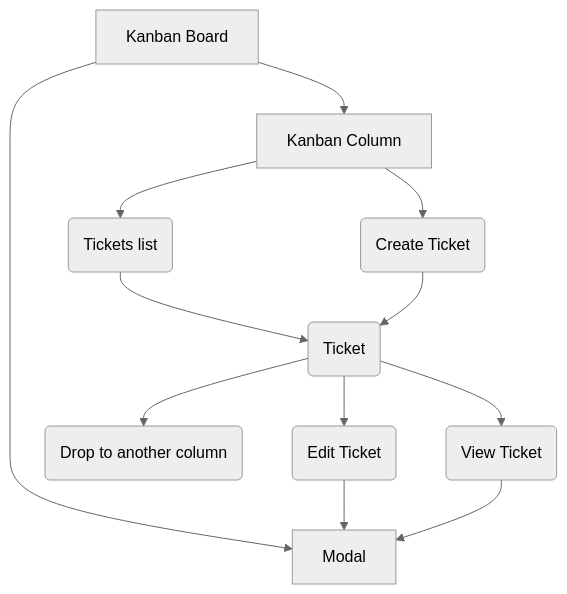
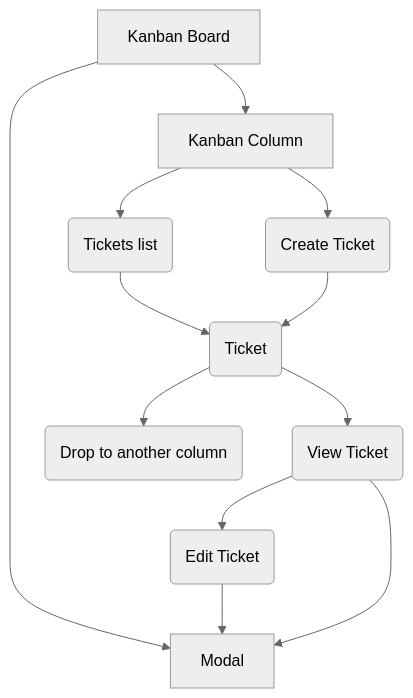
One commit to TheoKondak/kanban-board changed the diagram in README.md. Above: the diagram before and after it, drawn with Mermaid (neutral theme).

Commit message:
fix: Minor update to the state diagram

````diff
--- a/README.md
+++ b/README.md
@@ -158,16 +158,15 @@
 ```mermaid
 flowchart TD
     A[Kanban Board] -->I[Modal]
     A[Kanban Board] -->B
     B[Kanban Column] --> D(Tickets list)
     B[Kanban Column] --> C(Create Ticket)
     C --> E(Create Ticket)
     D --> E(Ticket)
     E --> H(Drop to another column)
-    E --> F(Edit Ticket)
     E --> J(View Ticket)
+    J --> F(Edit Ticket)
     J --> I[Modal]
-   
     F --> I[Modal]
    
 ```
````
